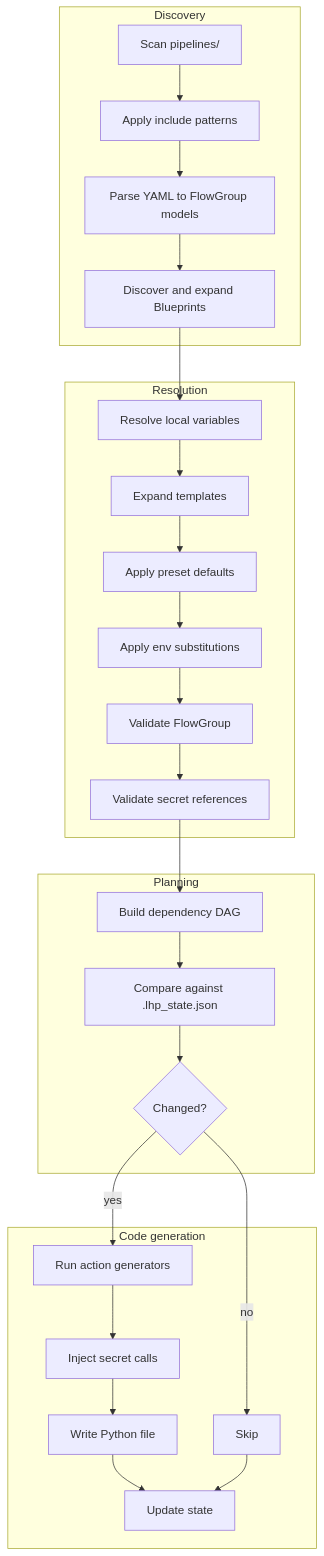
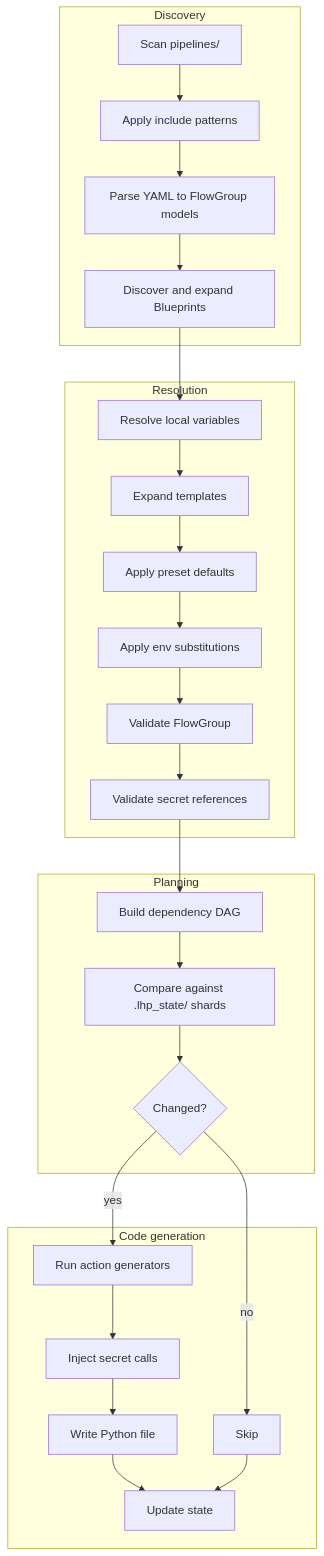
Before and after one commit to Mmodarre/Lakehouse_Plumber: the diagram in docs/architecture.rst, drawn with Mermaid. The commit also changed other lines of this file and 84 other files, not shown here.

```diff
--- a/docs/architecture.rst
+++ b/docs/architecture.rst
@@ -141,29 +141,29 @@
 .. mermaid::
 
    graph TD
        subgraph Discovery
            A[Scan pipelines/] --> B[Apply include patterns]
            B --> C[Parse YAML to FlowGroup models]
            C --> C2[Discover and expand Blueprints]
        end
        subgraph Resolution
            C2 --> D[Resolve local variables]
            D --> E[Expand templates]
            E --> F[Apply preset defaults]
            F --> G[Apply env substitutions]
            G --> H[Validate FlowGroup]
            H --> I[Validate secret references]
        end
        subgraph Planning
            I --> J[Build dependency DAG]
-           J --> K[Compare against .lhp_state.json]
+           J --> K[Compare against .lhp_state/ shards]
            K --> L{Changed?}
        end
        subgraph Code generation
            L -->|yes| M[Run action generators]
            L -->|no| N[Skip]
            M --> O[Inject secret calls]
            O --> P[Write Python file]
            P --> Q[Update state]
            N --> Q
        end
```
